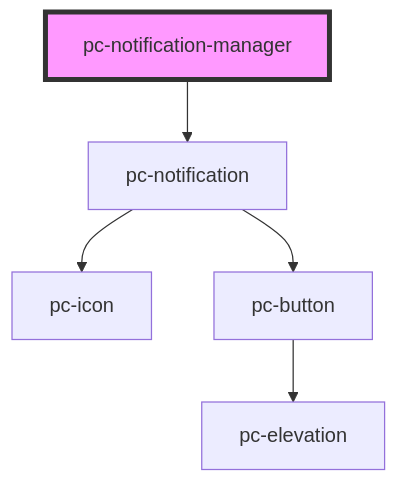
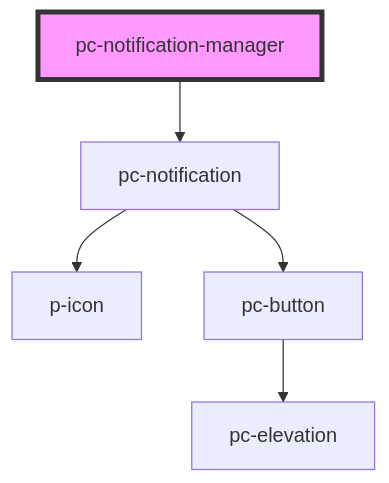
The diagram in src/components/notification-manager/readme.md (redvars/peacock), drawn with Mermaid before and after one commit. The commit also changed 94 other files, not shown here.

````diff
--- a/src/components/notification-manager/readme.md
+++ b/src/components/notification-manager/readme.md
@@ -23,8 +23,8 @@
 ```mermaid
 graph TD;
   pc-notification-manager --> pc-notification
-  pc-notification --> pc-icon
+  pc-notification --> p-icon
   pc-notification --> pc-button
   pc-button --> pc-elevation
   style pc-notification-manager fill:#f9f,stroke:#333,stroke-width:4px
 ```
````
